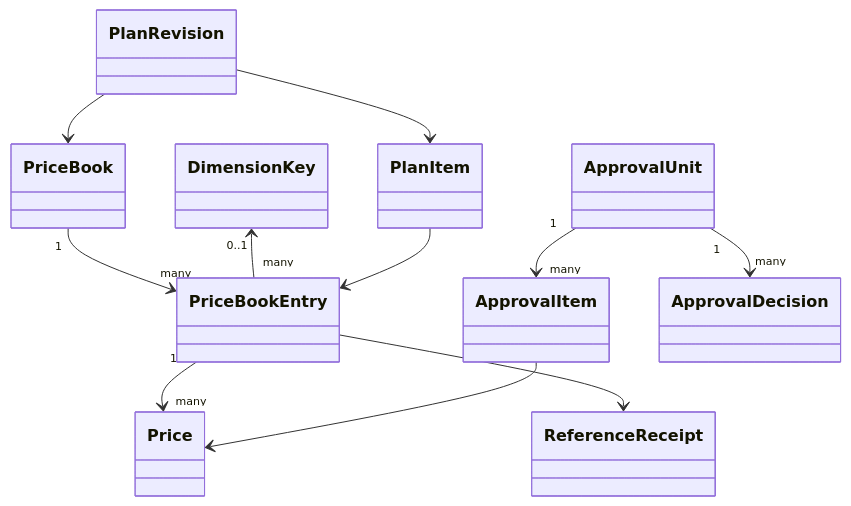
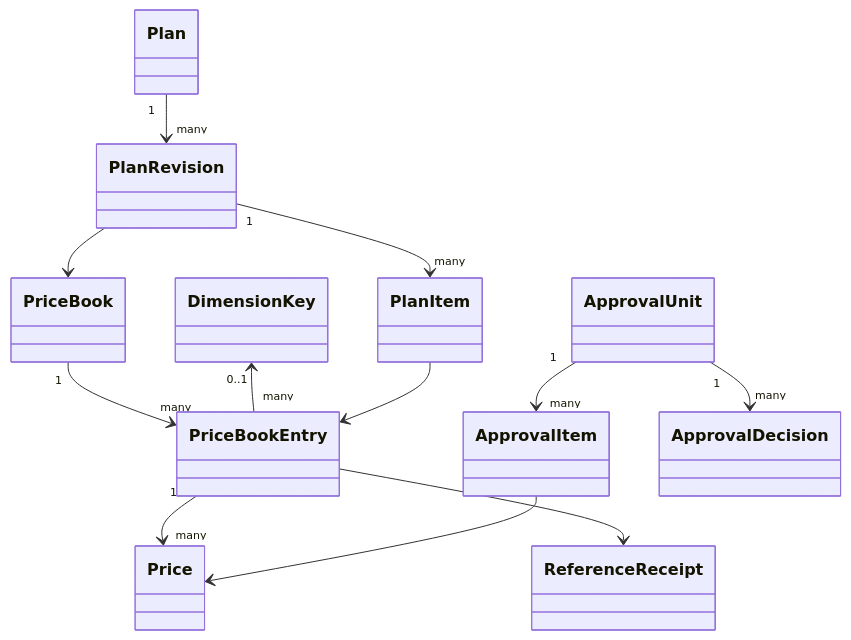
The first of 5 diagrams in gears/bss/pricing/docs/DESIGN.md (diffora/gears-rust), drawn with Mermaid before and after one commit. The commit also changed other lines of this file and 19 other files, not shown here.

````diff
--- a/gears/bss/pricing/docs/DESIGN.md
+++ b/gears/bss/pricing/docs/DESIGN.md
@@ -155,13 +160,14 @@
 ```mermaid
 classDiagram
   PriceBook "1" --> "many" PriceBookEntry
   PriceBookEntry "1" --> "many" Price
   DimensionKey "0..1" <-- "many" PriceBookEntry
   ApprovalUnit "1" --> "many" ApprovalItem
   ApprovalUnit "1" --> "many" ApprovalDecision
   ApprovalItem --> Price
   PriceBookEntry --> ReferenceReceipt
+  Plan "1" --> "many" PlanRevision
   PlanRevision --> PriceBook
-  PlanRevision --> PlanItem
+  PlanRevision "1" --> "many" PlanItem
   PlanItem --> PriceBookEntry
 ```
````
